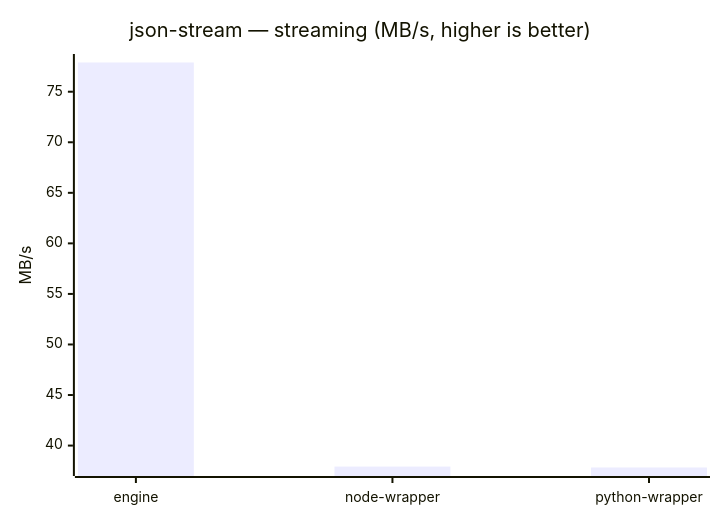
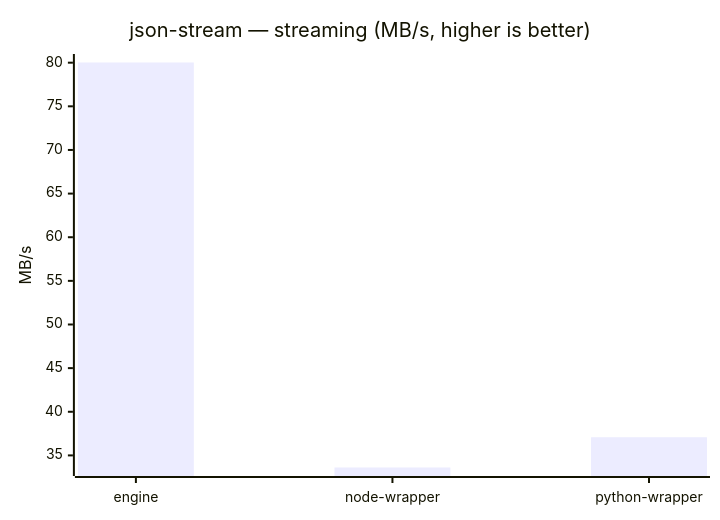
Before and after one commit to mulesoft/data-weave-cli: diagram 13 of 23 in benchmarks/report/RESULTS.md, drawn with Mermaid. The commit also changed other lines of this file, not shown here.

````diff
--- a/benchmarks/report/RESULTS.md
+++ b/benchmarks/report/RESULTS.md
@@ -152,7 +150,7 @@
 ```mermaid
 xychart-beta
     title "json-stream — streaming (MB/s, higher is better)"
     x-axis ["engine", "node-wrapper", "python-wrapper"]
     y-axis "MB/s"
-    bar [77.89, 37.923, 37.832]
+    bar [80.021, 33.614, 37.082]
 ```
````
